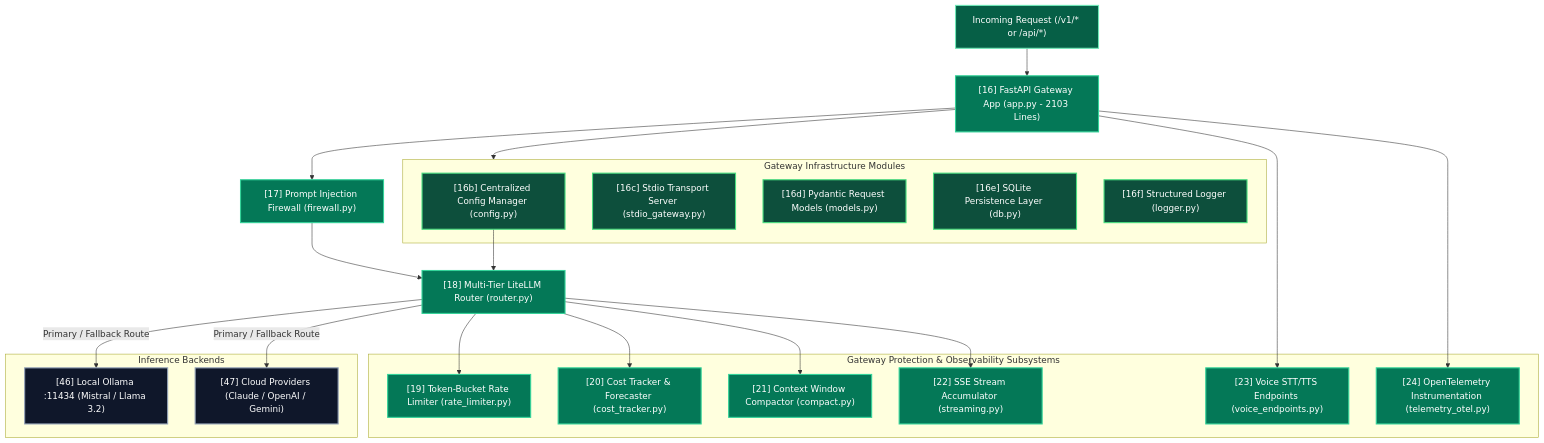
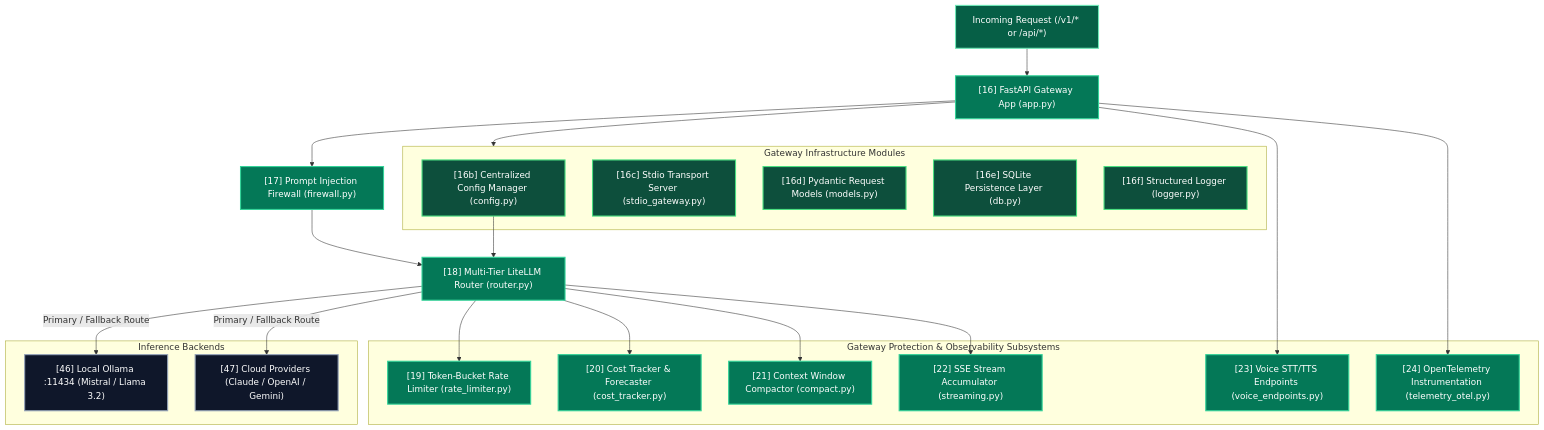
The fifth of 11 diagrams in architecture.md (vdonthireddy/agentic-ai), drawn with Mermaid before and after one commit. The commit also changed other lines of this file and 29 other files, not shown here.

````diff
--- a/architecture.md
+++ b/architecture.md
@@ -351,48 +351,48 @@
 ```mermaid
 flowchart TD
     classDef gwStyle fill:#047857,stroke:#34d399,stroke-width:2px,color:#ffffff;
     classDef pipeStyle fill:#065f46,stroke:#6ee7b7,stroke-width:2px,color:#ffffff;
     classDef extStyle fill:#0f172a,stroke:#94a3b8,stroke-width:2px,color:#ffffff;
     classDef cfgStyle fill:#0d4f3c,stroke:#4ade80,stroke-width:2px,color:#ffffff;
 
     IN_REQ["Incoming Request (/v1/* or /api/*)"]:::pipeStyle
-    APP["[16] FastAPI Gateway App (app.py - 2103 Lines)"]:::gwStyle
+    APP["[16] FastAPI Gateway App (app.py)"]:::gwStyle
     FW["[17] Prompt Injection Firewall (firewall.py)"]:::gwStyle
     ROUTER["[18] Multi-Tier LiteLLM Router (router.py)"]:::gwStyle
 
     subgraph GatewaySubsystems["Gateway Protection & Observability Subsystems"]
         RATE["[19] Token-Bucket Rate Limiter (rate_limiter.py)"]:::gwStyle
         COST["[20] Cost Tracker & Forecaster (cost_tracker.py)"]:::gwStyle
         COMPACT["[21] Context Window Compactor (compact.py)"]:::gwStyle
         STREAM["[22] SSE Stream Accumulator (streaming.py)"]:::gwStyle
         VOICE["[23] Voice STT/TTS Endpoints (voice_endpoints.py)"]:::gwStyle
         OTEL["[24] OpenTelemetry Instrumentation (telemetry_otel.py)"]:::gwStyle
     end
 
     subgraph GatewayInternals["Gateway Infrastructure Modules"]
         CFG["[16b] Centralized Config Manager (config.py)"]:::cfgStyle
         STDIO["[16c] Stdio Transport Server (stdio_gateway.py)"]:::cfgStyle
         MODELS["[16d] Pydantic Request Models (models.py)"]:::cfgStyle
         DB["[16e] SQLite Persistence Layer (db.py)"]:::cfgStyle
         LOG["[16f] Structured Logger (logger.py)"]:::cfgStyle
     end
 
     subgraph InferenceNodes["Inference Backends"]
         LOCAL["[46] Local Ollama :11434 (Mistral / Llama 3.2)"]:::extStyle
         CLOUD["[47] Cloud Providers (Claude / OpenAI / Gemini)"]:::extStyle
     end
 
     IN_REQ --> APP
     APP --> FW
     FW --> ROUTER
     ROUTER --> RATE
     ROUTER --> COST
     ROUTER --> COMPACT
     ROUTER --> STREAM
     APP --> VOICE
     APP --> OTEL
     APP --> GatewayInternals
     CFG --> ROUTER
     ROUTER -->|Primary / Fallback Route| LOCAL
     ROUTER -->|Primary / Fallback Route| CLOUD
 ```
````
